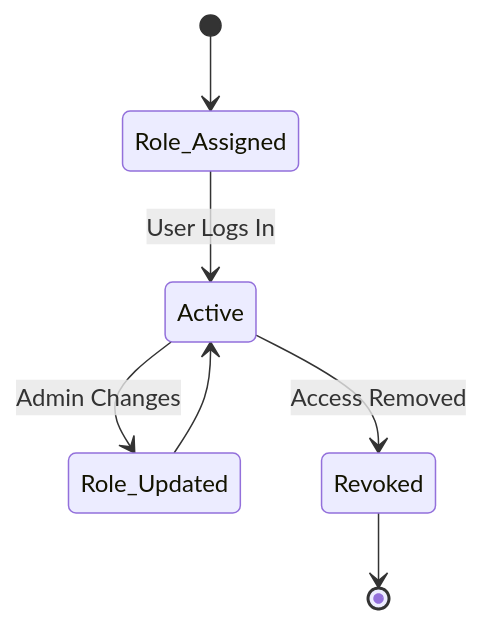
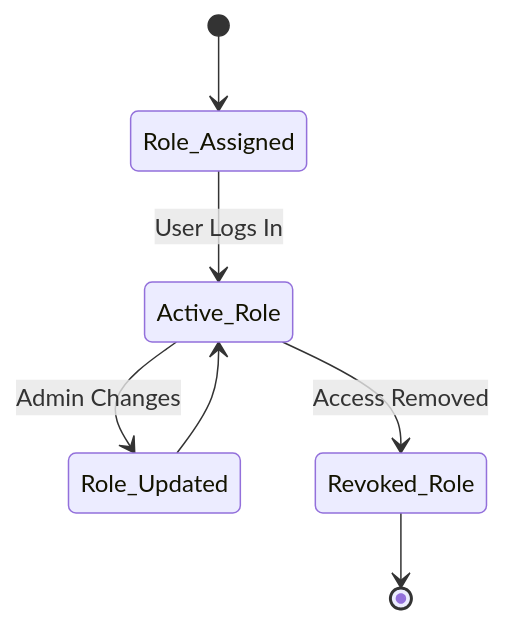
Before and after one commit to glory-kasongo-03/Doctor_appointment_booking_system: the sixth of 8 diagrams in State Transition Diagrams.md, drawn with Mermaid. The commit also changed other lines of this file, not shown here.

Commit message:
Updated State Transition Diagrams.md

````diff
--- a/State Transition Diagrams.md
+++ b/State Transition Diagrams.md
@@ -62,9 +65,10 @@
 ```mermaid
 stateDiagram-v2
+    %% Initial state
     [*] --> Role_Assigned
-    Role_Assigned --> Active : User Logs In
-    Active --> Role_Updated : Admin Changes
-    Role_Updated --> Active
-    Active --> Revoked : Access Removed
-    Revoked --> [*]
+    Role_Assigned --> Active_Role : User Logs In
+    Active_Role --> Role_Updated : Admin Changes
+    Role_Updated --> Active_Role
+    Active_Role --> Revoked_Role : Access Removed
+    Revoked_Role --> [*]
 ```
````
